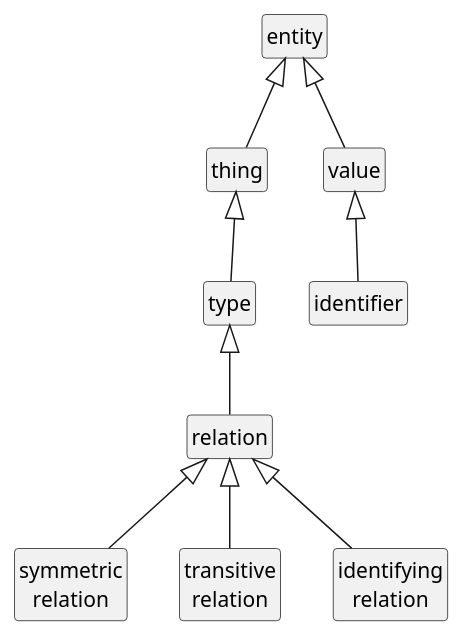
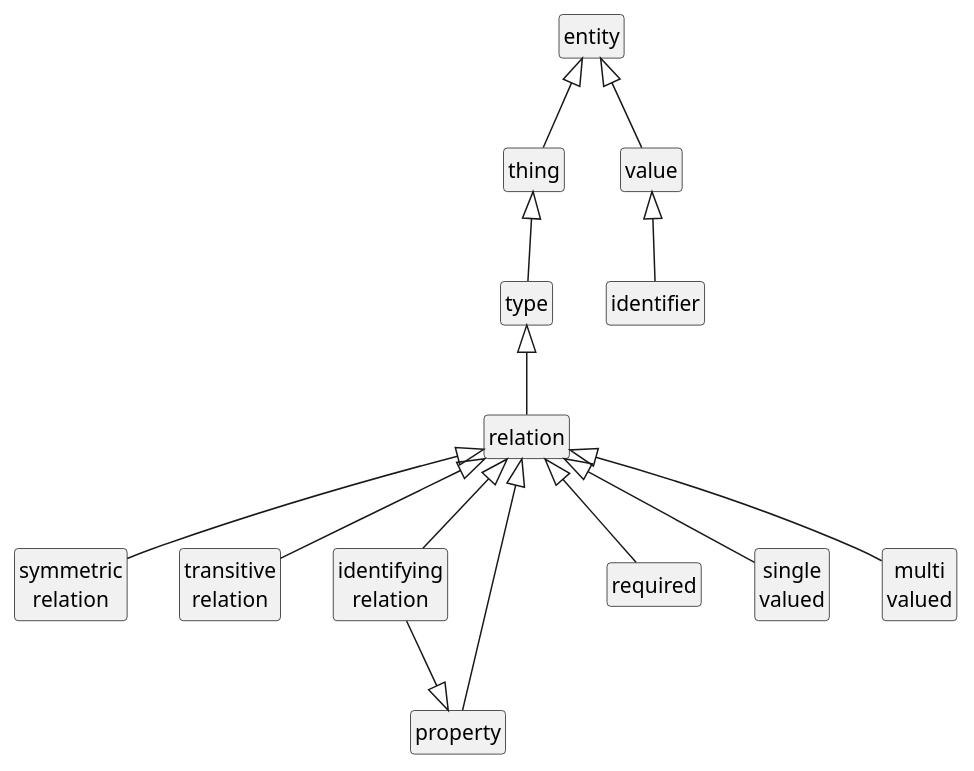
The first of 3 diagrams in site/spec/ddot-it-vocabulary.adoc (Calpano/ddot.it), drawn with PlantUML before and after one commit. The commit also changed other lines of this file and 2 other files, not shown here.

```diff
--- a/site/spec/ddot-it-vocabulary.adoc
+++ b/site/spec/ddot-it-vocabulary.adoc
@@ -96,25 +118,34 @@
 [plantuml]
 ....
 hide empty members
 hide circle
 
 class entity
 class thing
 class type
 class relation
 class symmetric_relation as "symmetric\nrelation"
 class transitive_relation as "transitive\nrelation"
 class identifying_relation as "identifying\nrelation"
+class property
+class required
+class single_valued as "single\nvalued"
+class multi_valued as "multi\nvalued"
 class value
 class identifier
 
 entity <|-- thing
 thing <|-- type
 type <|-- relation
 relation <|-- symmetric_relation
 relation <|-- transitive_relation
 relation <|-- identifying_relation
+relation <|-- property
+relation <|-- required
+relation <|-- single_valued
+relation <|-- multi_valued
+identifying_relation --|> property
 entity <|-- value
 value <|-- identifier
 'identifier ... identifying_relation
 ....
```
